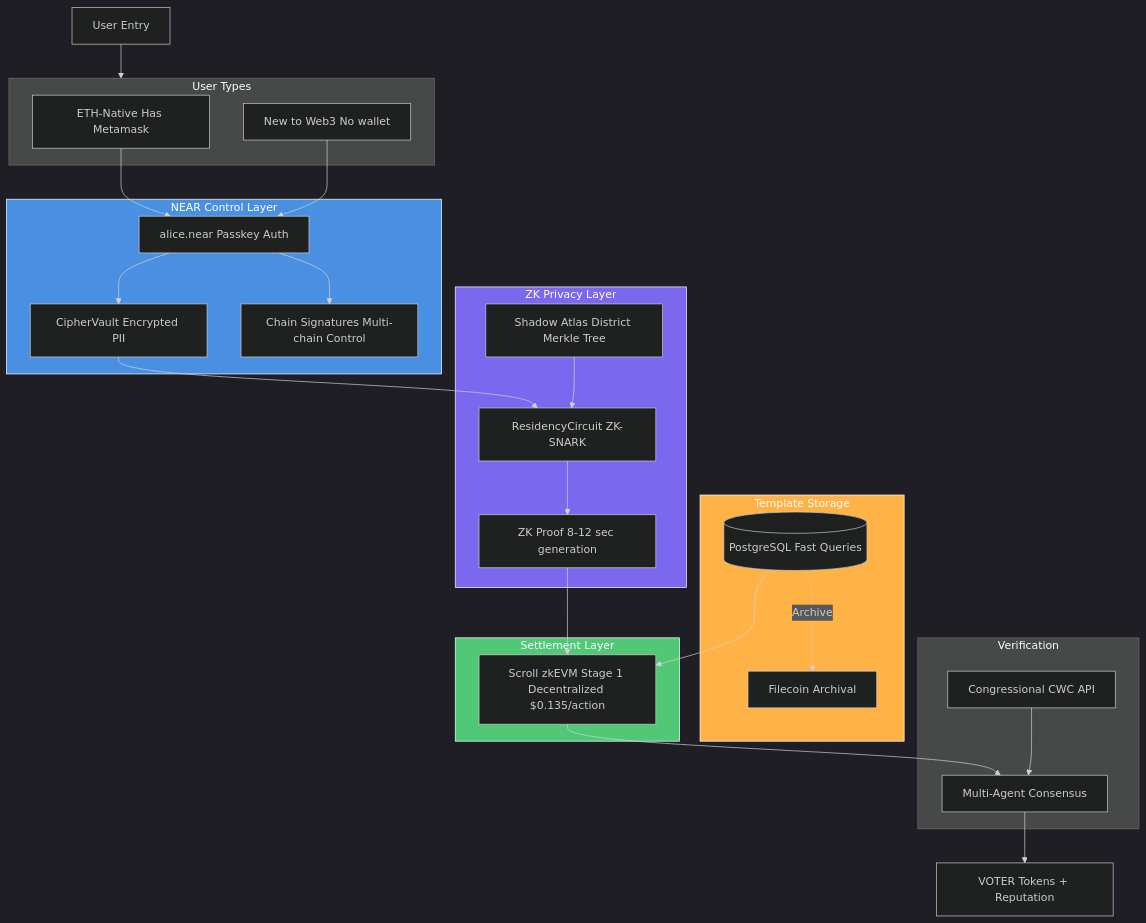
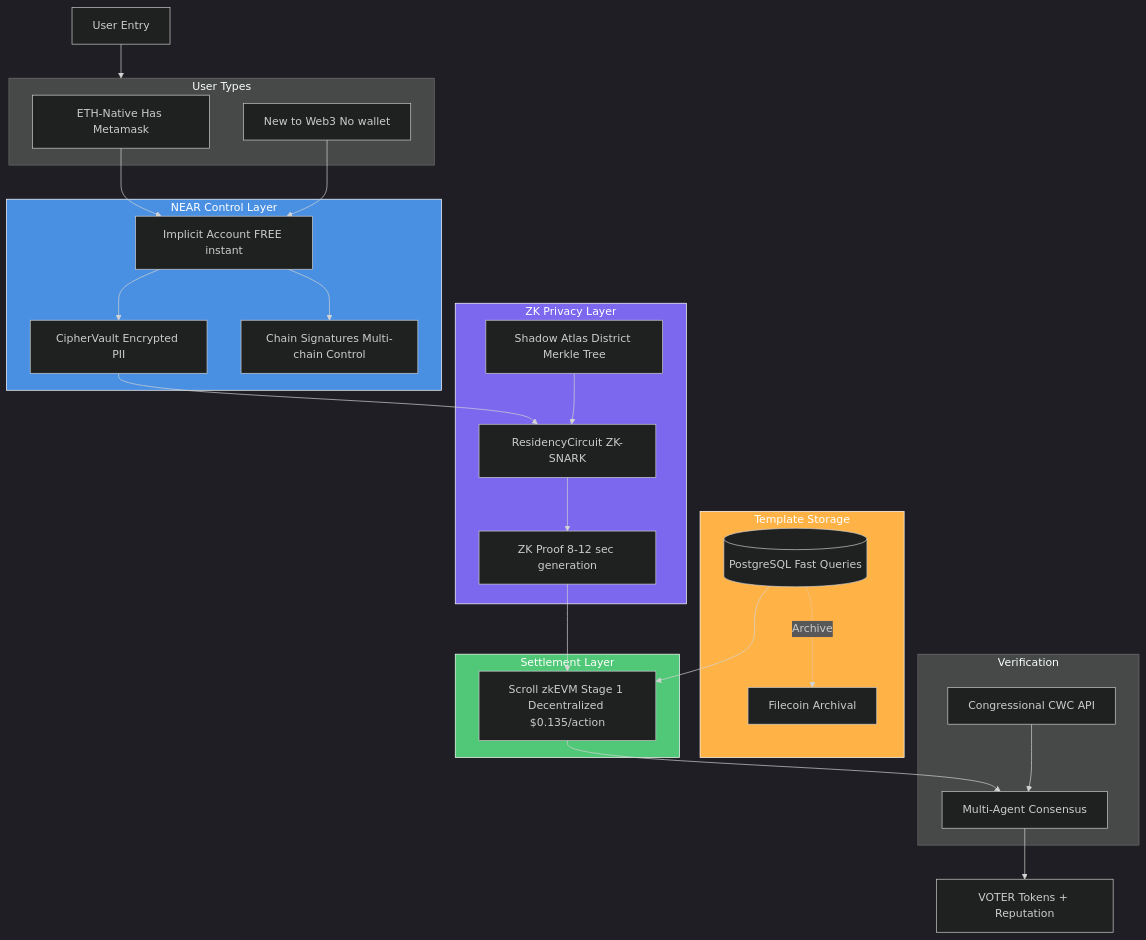
The first of 9 diagrams in ARCHITECTURE.md (communisaas/voter-protocol), drawn with Mermaid before and after one commit. The commit also changed other lines of this file and 37 other files, not shown here.

First line of the commit message:
docs: comprehensive Phase 1 architecture alignment and hybrid GKR+SNARK ZK proof system

````diff
--- a/ARCHITECTURE.md
+++ b/ARCHITECTURE.md
@@ -23,61 +71,61 @@
 ```mermaid
 %%{init: {'theme':'dark', 'themeVariables': { 'primaryTextColor':'#fff', 'secondaryTextColor':'#fff', 'tertiaryTextColor':'#fff'}}}%%
 flowchart TB
     User[User Entry]
 
     subgraph Entry["User Types"]
         ETH[ETH-Native Has Metamask]
         New[New to Web3 No wallet]
     end
 
     subgraph NEAR["NEAR Control Layer"]
-        Account[alice.near Passkey Auth]
+        Account[Implicit Account FREE instant]
         Vault[CipherVault Encrypted PII]
         ChainSig[Chain Signatures Multi-chain Control]
     end
 
     subgraph Privacy["ZK Privacy Layer"]
         Atlas[Shadow Atlas District Merkle Tree]
         Circuit[ResidencyCircuit ZK-SNARK]
         Proof[ZK Proof 8-12 sec generation]
     end
 
     subgraph Storage["Template Storage"]
         PG[(PostgreSQL Fast Queries)]
         FC[Filecoin Archival]
     end
 
     subgraph Settlement["Settlement Layer"]
         Scroll[Scroll zkEVM Stage 1 Decentralized $0.135/action]
     end
 
     subgraph Verify["Verification"]
         CWC[Congressional CWC API]
         Agents[Multi-Agent Consensus]
     end
 
     User --> Entry
     ETH --> Account
     New --> Account
 
     Account --> Vault
     Account --> ChainSig
     Vault --> Circuit
     Atlas --> Circuit
     Circuit --> Proof
 
     Proof --> Scroll
 
     PG --> Scroll
     PG -.Archive.-> FC
 
     Scroll --> Agents
     CWC --> Agents
 
     Agents --> Rewards[VOTER Tokens + Reputation]
 
     style NEAR fill:#4A90E2,stroke:#fff,color:#fff
     style Privacy fill:#7B68EE,stroke:#fff,color:#fff
     style Settlement fill:#50C878,stroke:#fff,color:#fff
     style Storage fill:#FFB347,stroke:#fff,color:#fff
 ```
````
